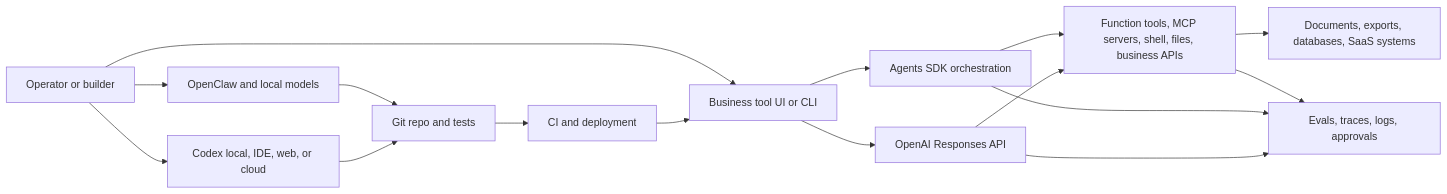
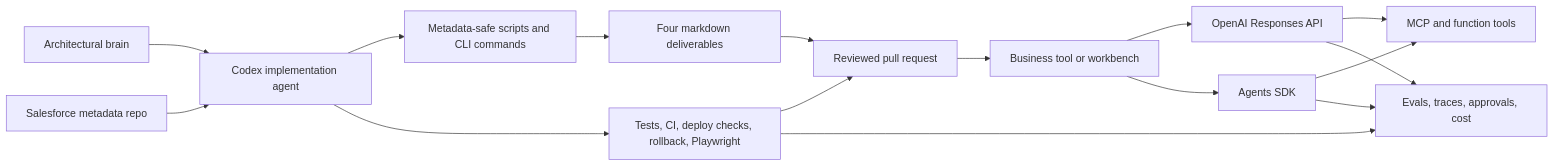
Before and after one commit to mdegoll/Hugo-Personal: the diagram in content/playbooks/codex-openai-implementation-playbook-business-tools.md, drawn with Mermaid. The commit also changed other lines of this file and 1 other file, not shown here.

Commit message:
Refine Codex org scan playbook

````diff
--- a/content/playbooks/codex-openai-implementation-playbook-business-tools.md
+++ b/content/playbooks/codex-openai-implementation-playbook-business-tools.md
@@ -89,30 +95,31 @@
 ```mermaid
 flowchart LR
-    Operator["Operator or builder"]
-    Codex["Codex local, IDE, web, or cloud"]
-    Repo["Git repo and tests"]
-    CI["CI and deployment"]
-    App["Business tool UI or CLI"]
-    API["OpenAI Responses API"]
-    SDK["Agents SDK orchestration"]
-    Tools["Function tools, MCP servers, shell, files, business APIs"]
-    Local["OpenClaw and local models"]
-    Data["Documents, exports, databases, SaaS systems"]
-    Evals["Evals, traces, logs, approvals"]
+    Architect["Architectural brain"]
+    Codex["Codex implementation agent"]
+    Repo["Salesforce metadata repo"]
+    SafeTools["Metadata-safe scripts and CLI commands"]
+    Docs["Four markdown deliverables"]
+    Pipeline["Tests, CI, deploy checks, rollback, Playwright"]
+    PR["Reviewed pull request"]
+    App["Business tool or workbench"]
+    Responses["OpenAI Responses API"]
+    Agents["Agents SDK"]
+    MCP["MCP and function tools"]
+    Evals["Evals, traces, approvals, cost"]
 
-    Operator --> Codex
-    Codex --> Repo
-    Repo --> CI
-    CI --> App
-    Operator --> App
-    App --> API
-    App --> SDK
-    API --> Tools
-    SDK --> Tools
-    Tools --> Data
-    Operator --> Local
-    Local --> Repo
-    API --> Evals
-    SDK --> Evals
-    Tools --> Evals
+    Architect --> Codex
+    Repo --> Codex
+    Codex --> SafeTools
+    SafeTools --> Docs
+    Codex --> Pipeline
+    Pipeline --> PR
+    Docs --> PR
+    PR --> App
+    App --> Responses
+    App --> Agents
+    Responses --> MCP
+    Agents --> MCP
+    Responses --> Evals
+    Agents --> Evals
+    Pipeline --> Evals
 ```
````
